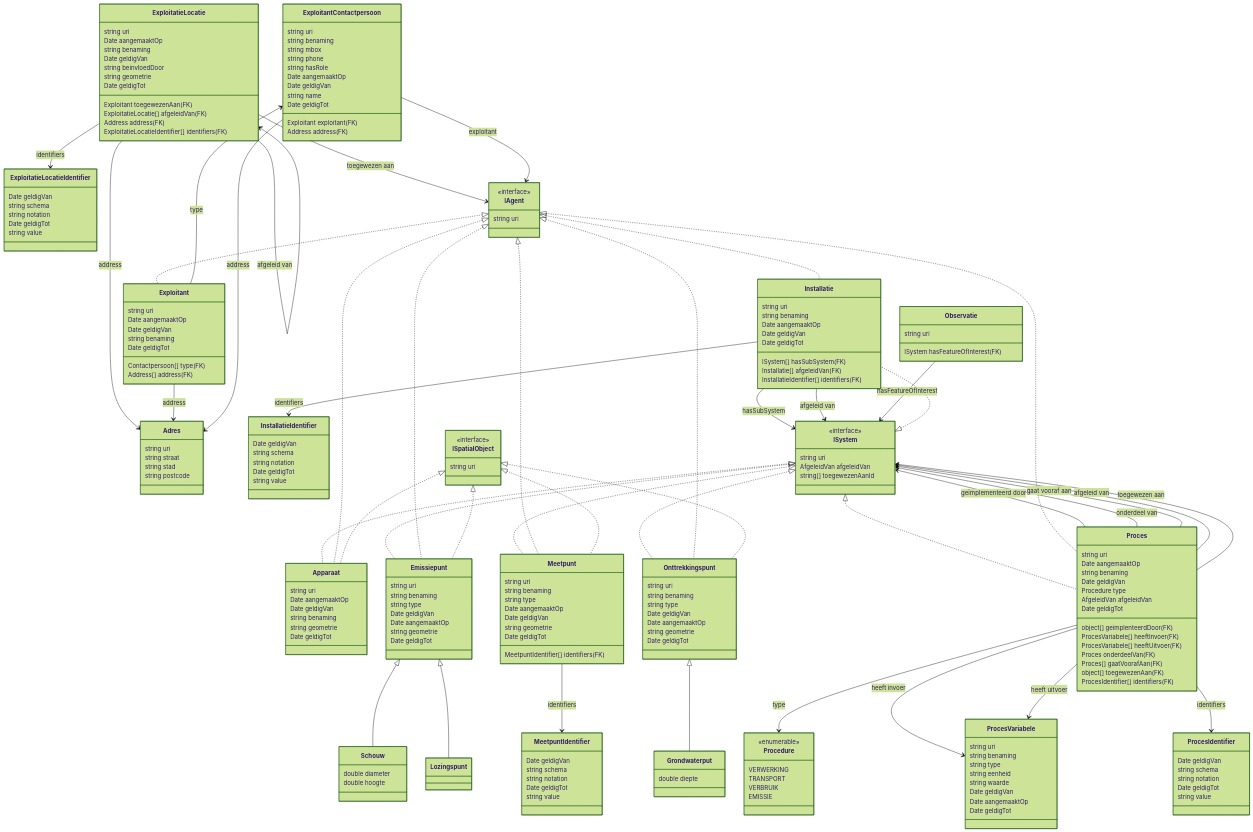
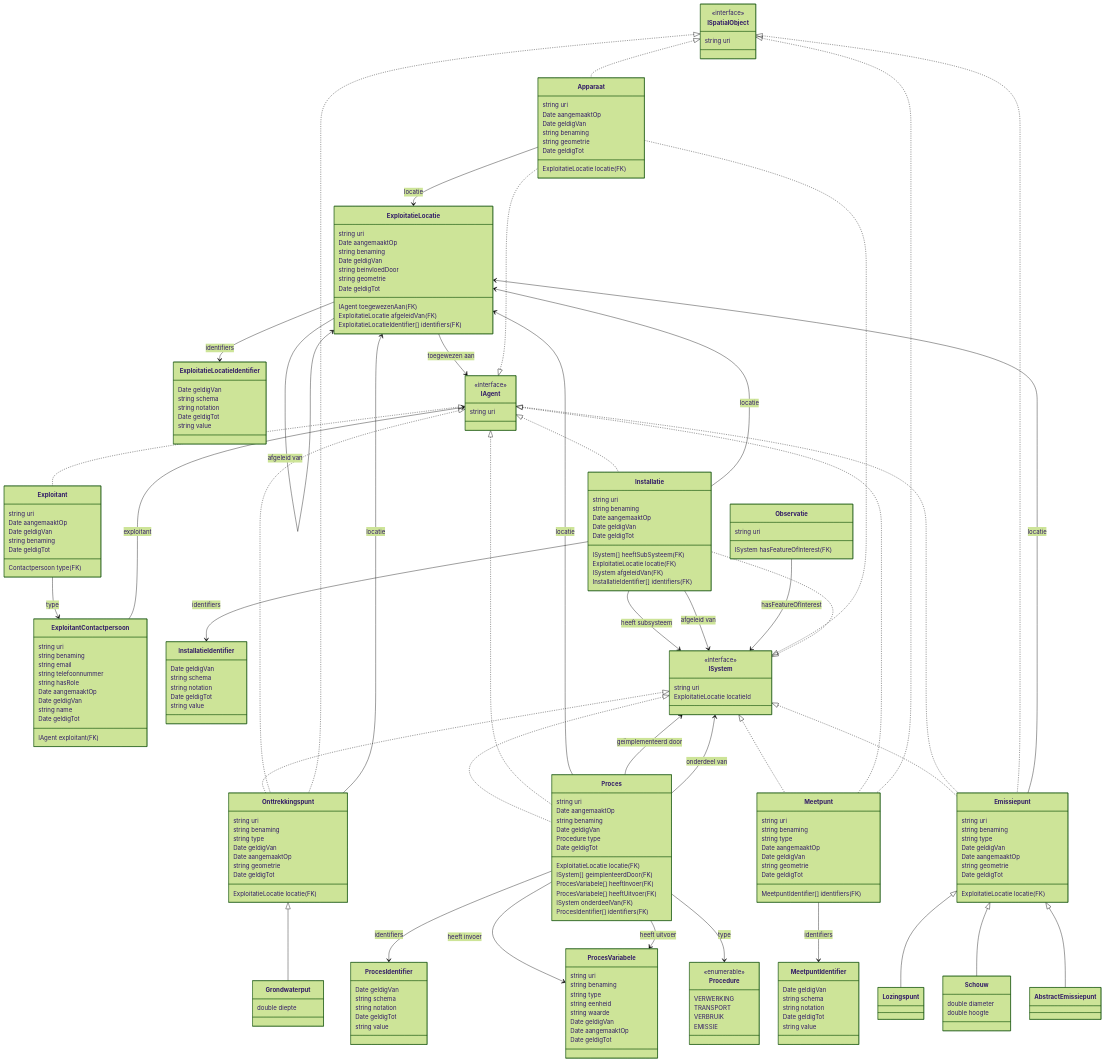
One commit to milieuinfo/RIE-IEPR changed the diagram in documentatie/bin/model-generator/output/Class-generated.mmd. Above: the diagram before and after it, drawn with Mermaid (forest theme). The commit also changed 28 other files, not shown here.

```diff
--- a/documentatie/bin/model-generator/output/Class-generated.mmd
+++ b/documentatie/bin/model-generator/output/Class-generated.mmd
@@ -1,27 +1,23 @@
 %% Auto-generated from OWL/SHACL
 classDiagram
-    class Adres {
-        string uri
-        string straat
-        string stad
-        string postcode
+    class AbstractEmissiepunt {
     }
       class Apparaat {
         string uri
         Date aangemaaktOp
         Date geldigVan
+        ExploitatieLocatie locatie (FK)
         string benaming
         string geometrie
         Date geldigTot
     }
       class ExploitantContactpersoon {
         string uri
-        Exploitant exploitant (FK)
+        IAgent exploitant (FK)
         string benaming
-        string mbox
-        string phone
+        string email
+        string telefoonnummer
         string hasRole
-        Address address (FK)
         Date aangemaaktOp
         Date geldigVan
         string name
@@ -33,6 +29,7 @@
         string type
         Date geldigVan
         Date aangemaaktOp
+        ExploitatieLocatie locatie (FK)
         string geometrie
         Date geldigTot
     }
@@ -40,9 +37,8 @@
         string uri
         Date aangemaaktOp
         Date geldigVan
-        Contactpersoon[] type (FK)
+        Contactpersoon type (FK)
         string benaming
-        Address[] address (FK)
         Date geldigTot
     }
       class ExploitatieLocatie {
@@ -50,11 +46,10 @@
         Date aangemaaktOp
         string benaming
         Date geldigVan
-        Exploitant toegewezenAan (FK)
+        IAgent toegewezenAan (FK)
         string beinvloedDoor
-        ExploitatieLocatie[] afgeleidVan (FK)
+        ExploitatieLocatie afgeleidVan (FK)
         string geometrie
-        Address address (FK)
         Date geldigTot
         ExploitatieLocatieIdentifier[] identifiers (FK)
     }
@@ -70,11 +65,12 @@
     }
       class Installatie {
         string uri
-        ISystem[] hasSubSystem (FK)
+        ISystem[] heeftSubSysteem (FK)
         string benaming
         Date aangemaaktOp
         Date geldigVan
-        Installatie[] afgeleidVan (FK)
+        ExploitatieLocatie locatie (FK)
+        ISystem afgeleidVan (FK)
         Date geldigTot
         InstallatieIdentifier[] identifiers (FK)
     }
@@ -114,6 +110,7 @@
         string type
         Date geldigVan
         Date aangemaaktOp
+        ExploitatieLocatie locatie (FK)
         string geometrie
         Date geldigTot
     }
@@ -122,14 +119,12 @@
         Date aangemaaktOp
         string benaming
         Date geldigVan
-        object[] geimplenteerdDoor (FK)
+        ExploitatieLocatie locatie (FK)
+        ISystem[] geimplenteerdDoor (FK)
         Procedure type
         ProcesVariabele[] heeftInvoer (FK)
         ProcesVariabele[] heeftUitvoer (FK)
-        Proces onderdeelVan (FK)
-        Proces[] gaatVoorafAan (FK)
-        AfgeleidVan afgeleidVan
-        object[] toegewezenAan (FK)
+        ISystem onderdeelVan (FK)
         Date geldigTot
         ProcesIdentifier[] identifiers (FK)
     }
@@ -157,8 +152,7 @@
       class ISystem {
         <<interface>>
         string uri
-        AfgeleidVan afgeleidVan
-        string[] toegewezenAanId
+        ExploitatieLocatie locatieId
     }
     class IAgent {
         <<interface>>
@@ -177,6 +171,7 @@
     }
     Proces --> Procedure : type
 
+    Emissiepunt <|-- AbstractEmissiepunt
     Emissiepunt <|-- Schouw
     Onttrekkingspunt <|-- Grondwaterput
     Emissiepunt <|-- Lozingspunt
@@ -197,23 +192,22 @@
     ISpatialObject <|.. Emissiepunt
     ISpatialObject <|.. Meetpunt
     ISpatialObject <|.. Onttrekkingspunt
+    Proces --> ExploitatieLocatie : locatie
     Proces --> ISystem : geïmplementeerd door
     Proces --> ProcesVariabele : heeft invoer
     Proces --> ProcesVariabele : heeft uitvoer
     Proces --> ISystem : onderdeel van
-    Proces --> ISystem : gaat vooraf aan
-    Proces --> ISystem : afgeleid van
-    Proces --> ISystem : toegewezen aan
     ExploitatieLocatie --> IAgent : toegewezen aan
     ExploitatieLocatie --> ExploitatieLocatie : afgeleid van
-    ExploitatieLocatie --> Adres : address
-    Installatie --> ISystem : hasSubSystem
+    Installatie --> ISystem : heeft subsysteem
+    Installatie --> ExploitatieLocatie : locatie
     Installatie --> ISystem : afgeleid van
+    Emissiepunt --> ExploitatieLocatie : locatie
+    Onttrekkingspunt --> ExploitatieLocatie : locatie
+    Apparaat --> ExploitatieLocatie : locatie
     Observatie --> ISystem : hasFeatureOfInterest
     Exploitant --> ExploitantContactpersoon : type
-    Exploitant --> Adres : address
     ExploitantContactpersoon --> IAgent : exploitant
-    ExploitantContactpersoon --> Adres : address
     Proces --> ProcesIdentifier : identifiers
     ExploitatieLocatie --> ExploitatieLocatieIdentifier : identifiers
     Installatie --> InstallatieIdentifier : identifiers
```
